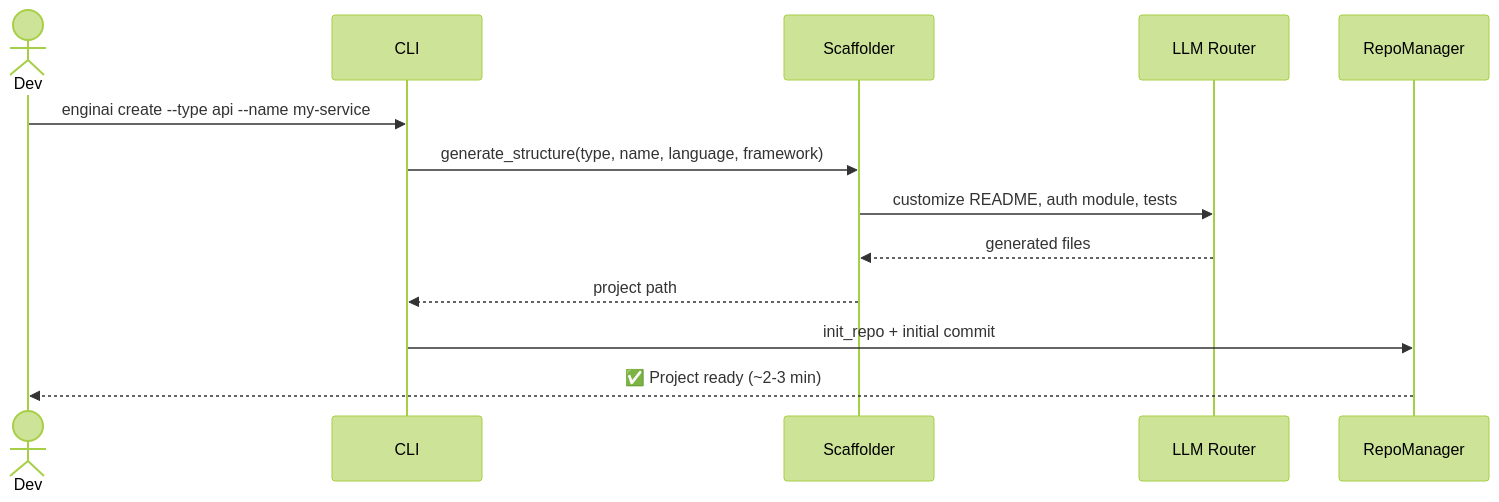
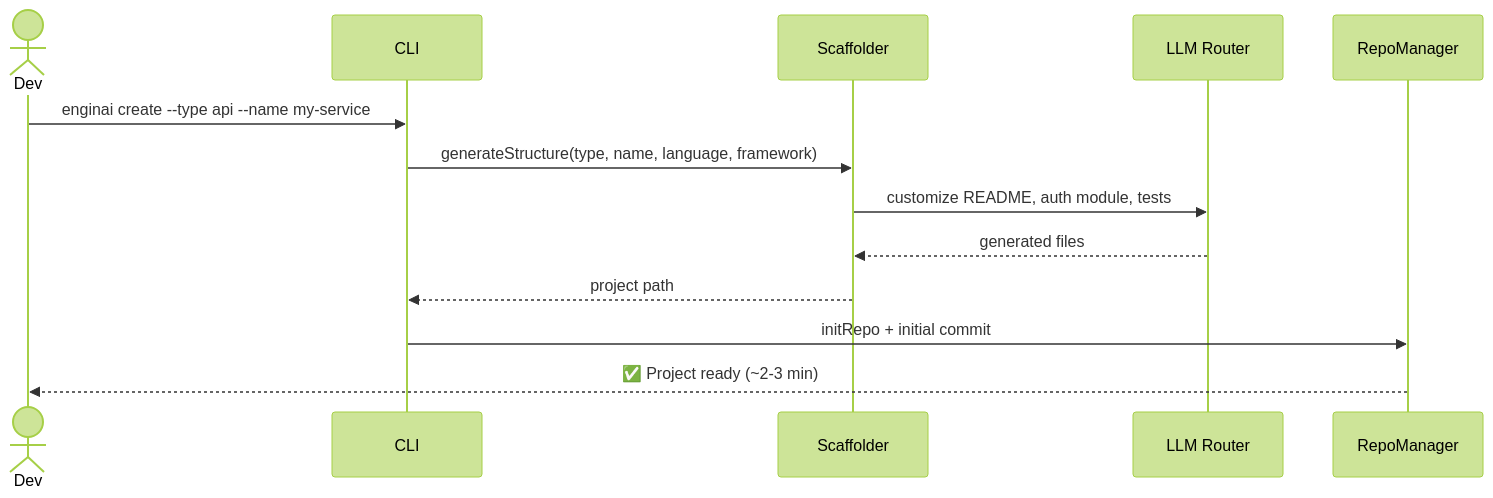
One commit to ElioNeto/enginai changed the second of 4 diagrams in README.md. Above: the diagram before and after it, drawn with Mermaid (forest theme). The commit also changed other lines of this file and 3 other files, not shown here.

````diff
--- a/README.md
+++ b/README.md
@@ -68,16 +69,16 @@
 ```mermaid
 sequenceDiagram
     actor Dev
     participant CLI
     participant Scaffolder
     participant LLM Router
     participant RepoManager
 
     Dev->>CLI: enginai create --type api --name my-service
-    CLI->>Scaffolder: generate_structure(type, name, language, framework)
+    CLI->>Scaffolder: generateStructure(type, name, language, framework)
     Scaffolder->>LLM Router: customize README, auth module, tests
     LLM Router-->>Scaffolder: generated files
     Scaffolder-->>CLI: project path
-    CLI->>RepoManager: init_repo + initial commit
+    CLI->>RepoManager: initRepo + initial commit
     RepoManager-->>Dev: ✅ Project ready (~2-3 min)
 ```
````
